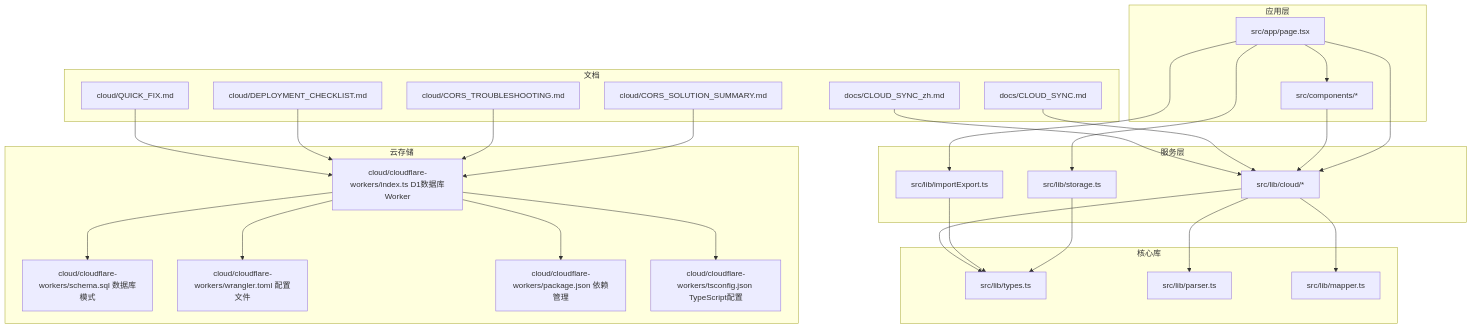
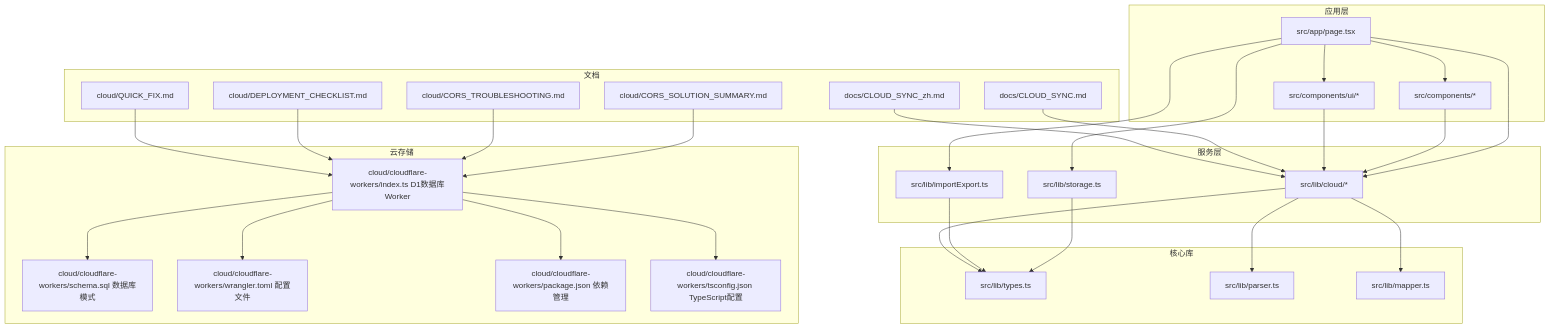
Before and after one commit to steveyu2/formula-mapper: diagram 15 of 15 in .qoder/repowiki/zh/content/用户指南/数据管理/云存储系统.md, drawn with Mermaid. The commit also changed other lines of this file and 12 other files, not shown here.

First line of the commit message:
fix: 修复 CloudSyncModal 中密码输入对话框的交互问题

````diff
--- a/.qoder/repowiki/zh/content/用户指南/数据管理/云存储系统.md
+++ b/.qoder/repowiki/zh/content/用户指南/数据管理/云存储系统.md
@@ -947,52 +1218,55 @@
 ```mermaid
 graph TB
 subgraph "应用层"
 A[src/app/page.tsx]
 B[src/components/*]
+C[src/components/ui/*]
 end
 subgraph "服务层"
-C[src/lib/storage.ts]
-D[src/lib/importExport.ts]
-E[src/lib/cloud/*]
+D[src/lib/storage.ts]
+E[src/lib/importExport.ts]
+F[src/lib/cloud/*]
 end
 subgraph "核心库"
-F[src/lib/types.ts]
-G[src/lib/parser.ts]
-H[src/lib/mapper.ts]
+G[src/lib/types.ts]
+H[src/lib/parser.ts]
+I[src/lib/mapper.ts]
 end
 subgraph "云存储"
-I[cloud/cloudflare-workers/index.ts D1数据库Worker]
-J[cloud/cloudflare-workers/schema.sql 数据库模式]
-K[cloud/cloudflare-workers/wrangler.toml 配置文件]
-L[cloud/cloudflare-workers/package.json 依赖管理]
-M[cloud/cloudflare-workers/tsconfig.json TypeScript配置]
+J[cloud/cloudflare-workers/index.ts D1数据库Worker]
+K[cloud/cloudflare-workers/schema.sql 数据库模式]
+L[cloud/cloudflare-workers/wrangler.toml 配置文件]
+M[cloud/cloudflare-workers/package.json 依赖管理]
+N[cloud/cloudflare-workers/tsconfig.json TypeScript配置]
 end
 subgraph "文档"
-N[docs/CLOUD_SYNC.md]
-O[docs/CLOUD_SYNC_zh.md]
-P[cloud/CORS_SOLUTION_SUMMARY.md]
-Q[cloud/CORS_TROUBLESHOOTING.md]
-R[cloud/DEPLOYMENT_CHECKLIST.md]
-S[cloud/QUICK_FIX.md]
+O[docs/CLOUD_SYNC.md]
+P[docs/CLOUD_SYNC_zh.md]
+Q[cloud/CORS_SOLUTION_SUMMARY.md]
+R[cloud/CORS_TROUBLESHOOTING.md]
+S[cloud/DEPLOYMENT_CHECKLIST.md]
+T[cloud/QUICK_FIX.md]
 end
 A --> B
 A --> C
 A --> D
 A --> E
-B --> E
+A --> F
+B --> F
 C --> F
-D --> F
-E --> F
+D --> G
 E --> G
-E --> H
-I --> J
-I --> K
-I --> L
-I --> M
-N --> E
-O --> E
-P --> I
-Q --> I
-R --> I
-S --> I
+F --> G
+F --> H
+F --> I
+J --> K
+J --> L
+J --> M
+J --> N
+O --> F
+P --> F
+Q --> J
+R --> J
+S --> J
+T --> J
 ```
````
